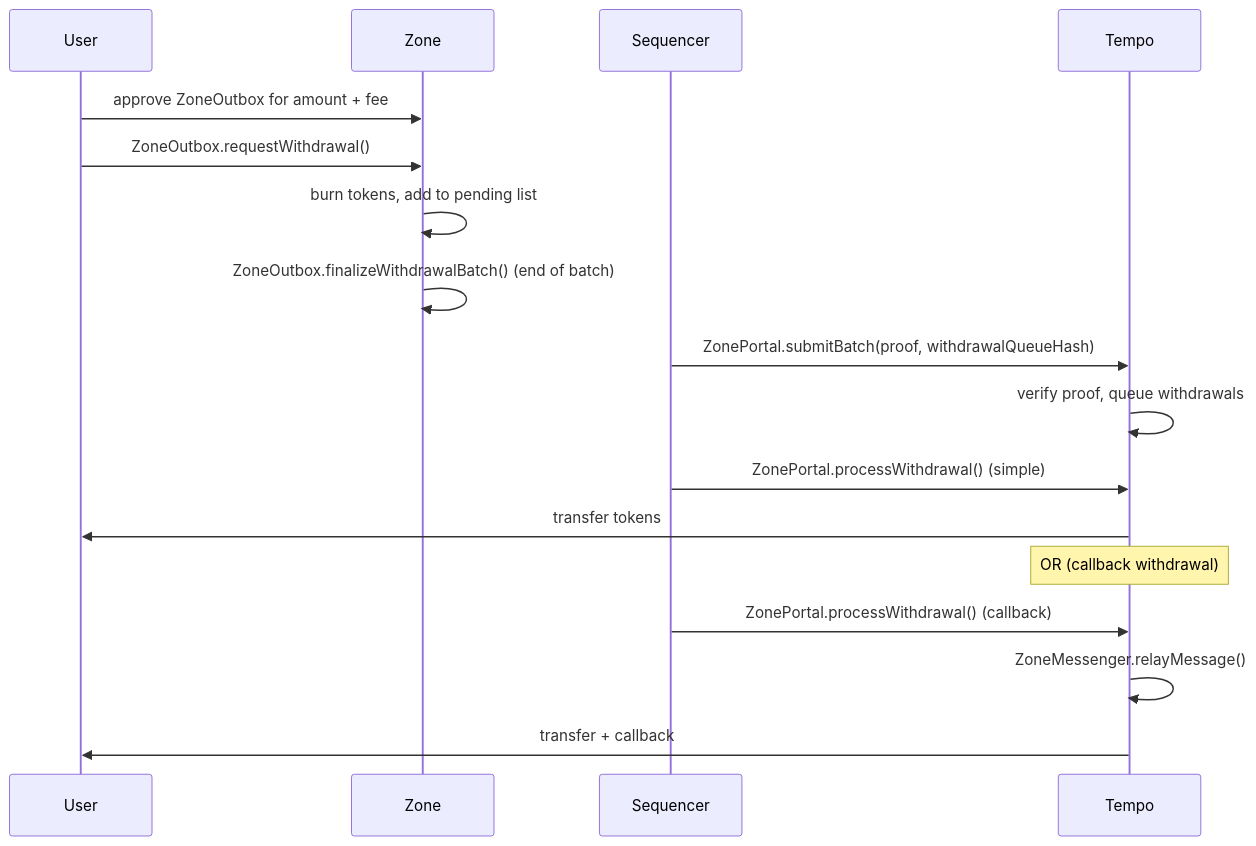
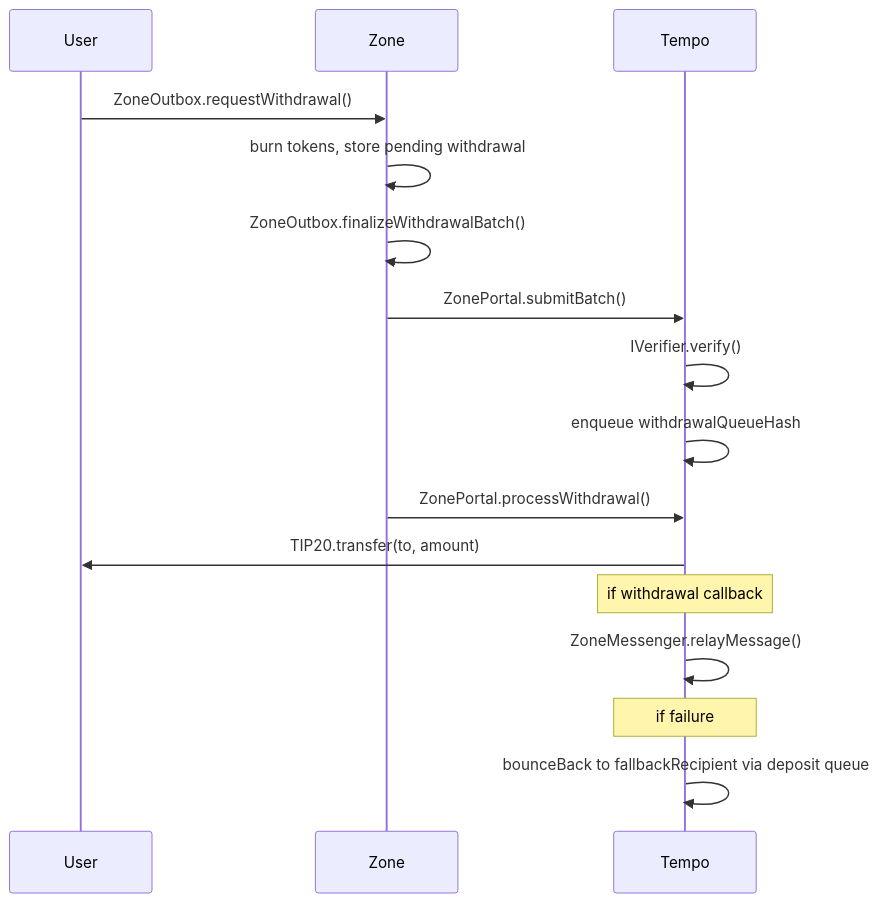
The fourth of 4 diagrams in docs/specs/zone_spec.md (tempoxyz/zones), drawn with Mermaid before and after one commit. The commit also changed other lines of this file, not shown here.

Commit message:
docs: update withdrawal diagram

````diff
--- a/docs/specs/zone_spec.md
+++ b/docs/specs/zone_spec.md
@@ -392,23 +392,23 @@
 ```mermaid
 sequenceDiagram
-    participant User
-    participant Zone
-    participant Sequencer
-    participant Tempo
+    participant U as User
+    participant Z as Zone
+    participant T as Tempo
 
-    User->>Zone: approve ZoneOutbox for amount + fee
-    User->>Zone: ZoneOutbox.requestWithdrawal()
-    Zone->>Zone: burn tokens, add to pending list
+    U->>Z: ZoneOutbox.requestWithdrawal()
+    Z->>Z: burn tokens, store pending withdrawal
 
-    Zone->>Zone: ZoneOutbox.finalizeWithdrawalBatch() (end of batch)
-    Sequencer->>Tempo: ZonePortal.submitBatch(proof, withdrawalQueueHash)
-    Tempo->>Tempo: verify proof, queue withdrawals
+    Z->>Z: ZoneOutbox.finalizeWithdrawalBatch()
+    Z->>T: ZonePortal.submitBatch()
+    T->>T: IVerifier.verify()
+    T->>T: enqueue withdrawalQueueHash
 
-    Sequencer->>Tempo: ZonePortal.processWithdrawal() (simple)
-    Tempo->>User: transfer tokens
+    Z->>T: ZonePortal.processWithdrawal()
+    T->>U: TIP20.transfer(to, amount)
 
-    Note over Tempo: OR (callback withdrawal)
-    Sequencer->>Tempo: ZonePortal.processWithdrawal() (callback)
-    Tempo->>Tempo: ZoneMessenger.relayMessage()
-    Tempo->>User: transfer + callback
+    Note over T: if withdrawal callback
+    T->>T: ZoneMessenger.relayMessage()
+
+    Note over T: if failure
+    T->>T: bounceBack to fallbackRecipient via deposit queue
 ```
````
